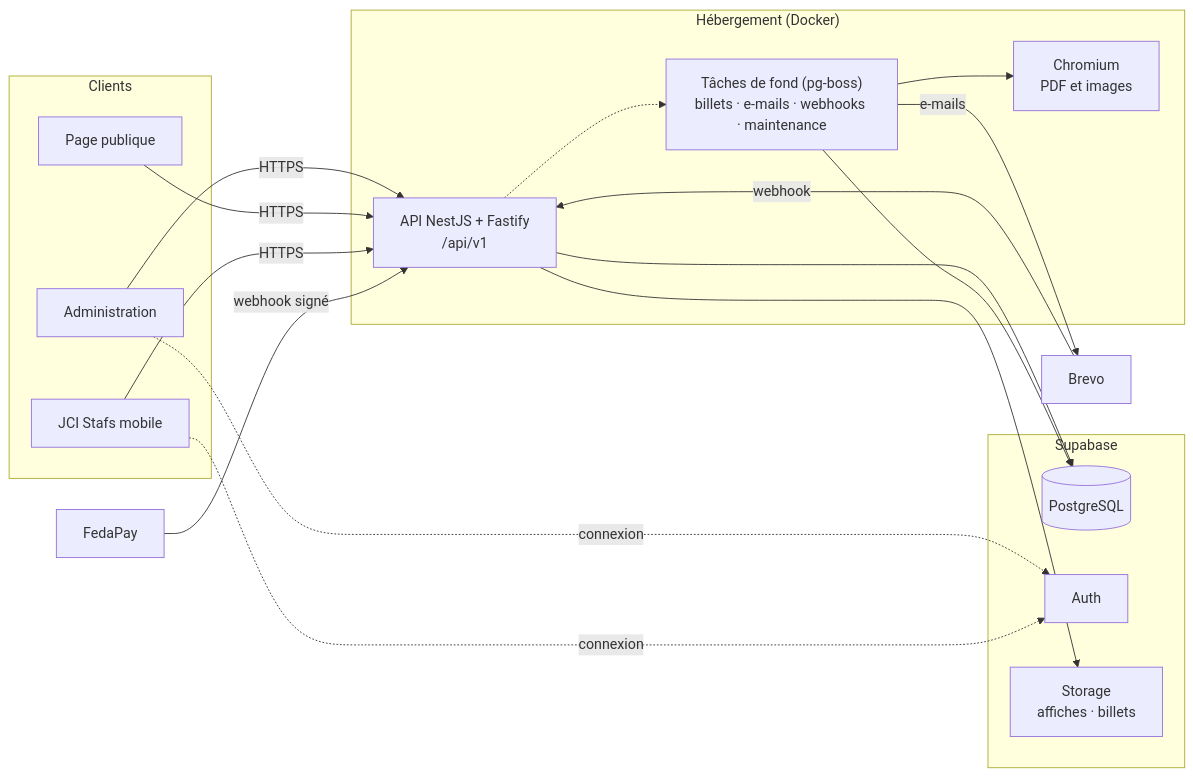
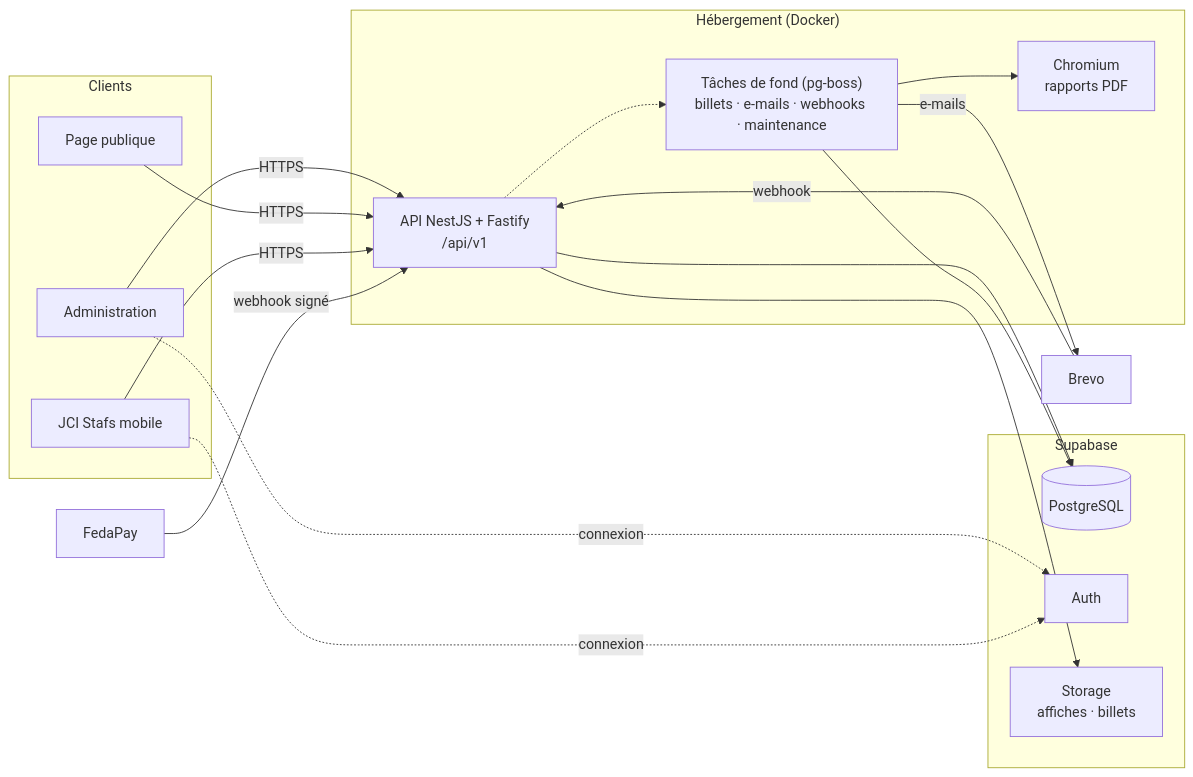
Before and after one commit to Armistice095/JCI-Labs-Backend: the diagram in README.md, drawn with Mermaid. The commit also changed other lines of this file and 38 other files, not shown here.

````diff
--- a/README.md
+++ b/README.md
@@ -29,28 +29,28 @@
 ```mermaid
 flowchart LR
   subgraph Clients
     ADM[Administration]
     PUB[Page publique]
     STAF[JCI Stafs mobile]
   end
   subgraph Render["Hébergement (Docker)"]
     API["API NestJS + Fastify<br/>/api/v1"]
     JOBS["Tâches de fond (pg-boss)<br/>billets · e-mails · webhooks · maintenance"]
-    CHR["Chromium<br/>PDF et images"]
+    CHR["Chromium<br/>rapports PDF"]
   end
   subgraph Supabase
     DB[(PostgreSQL)]
     AUTH[Auth]
     STO[Storage<br/>affiches · billets]
   end
   ADM & PUB & STAF -->|HTTPS| API
   ADM & STAF -.->|connexion| AUTH
   API --> DB
   API --> STO
   API -.-> JOBS
   JOBS --> DB
   JOBS --> CHR
   FEDA[FedaPay] -->|webhook signé| API
   JOBS -->|e-mails| BREVO[Brevo]
   BREVO -->|webhook| API
 ```
````
